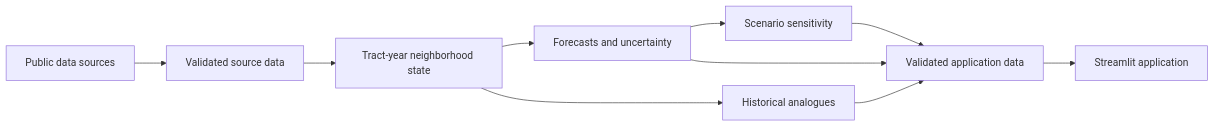
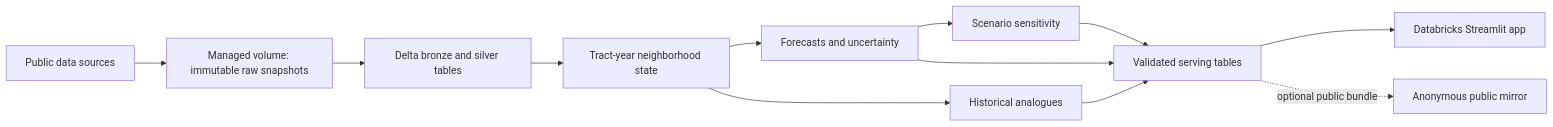
One commit to n-tamm/neighborhood-digital-twin changed the diagram in docs/ARCHITECTURE.md. Above: the diagram before and after it, drawn with Mermaid. The commit also changed other lines of this file and 17 other files, not shown here.

Commit message:
Documented the shared Databricks data workflow

````diff
--- a/docs/ARCHITECTURE.md
+++ b/docs/ARCHITECTURE.md
@@ -5,12 +5,14 @@
 ```mermaid
 flowchart LR
-    A[Public data sources] --> B[Validated source data]
-    B --> C[Tract-year neighborhood state]
-    C --> D[Forecasts and uncertainty]
-    C --> E[Historical analogues]
-    D --> F[Scenario sensitivity]
-    D --> G[Validated application data]
-    E --> G
-    F --> G
-    G --> H[Streamlit application]
+    A[Public data sources] --> B[Managed volume: immutable raw snapshots]
+    B --> C[Delta bronze and silver tables]
+    C --> D[Tract-year neighborhood state]
+    D --> E[Forecasts and uncertainty]
+    D --> F[Historical analogues]
+    E --> G[Scenario sensitivity]
+    E --> H[Validated serving tables]
+    F --> H
+    G --> H
+    H --> I[Databricks Streamlit app]
+    H -. optional public bundle .-> J[Anonymous public mirror]
 ```
````
